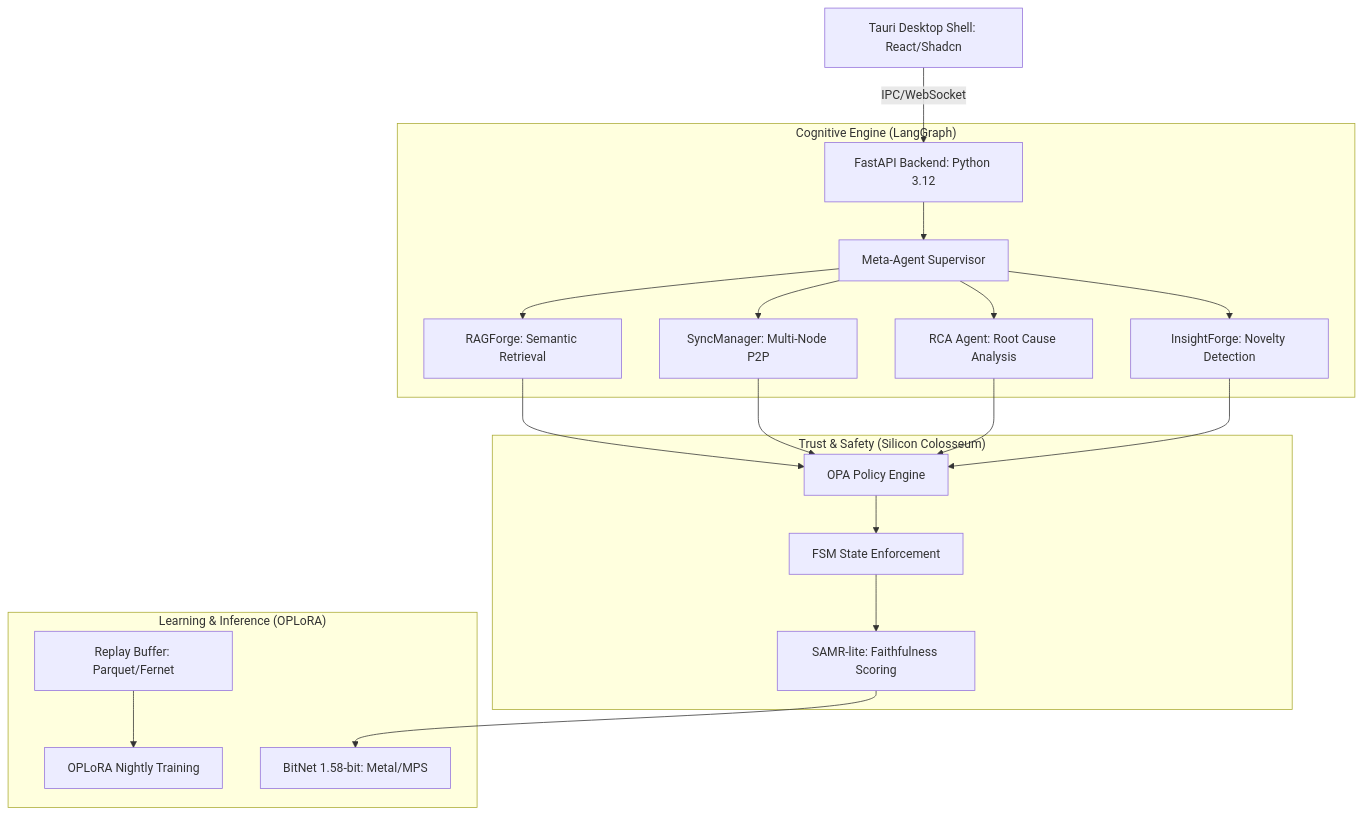
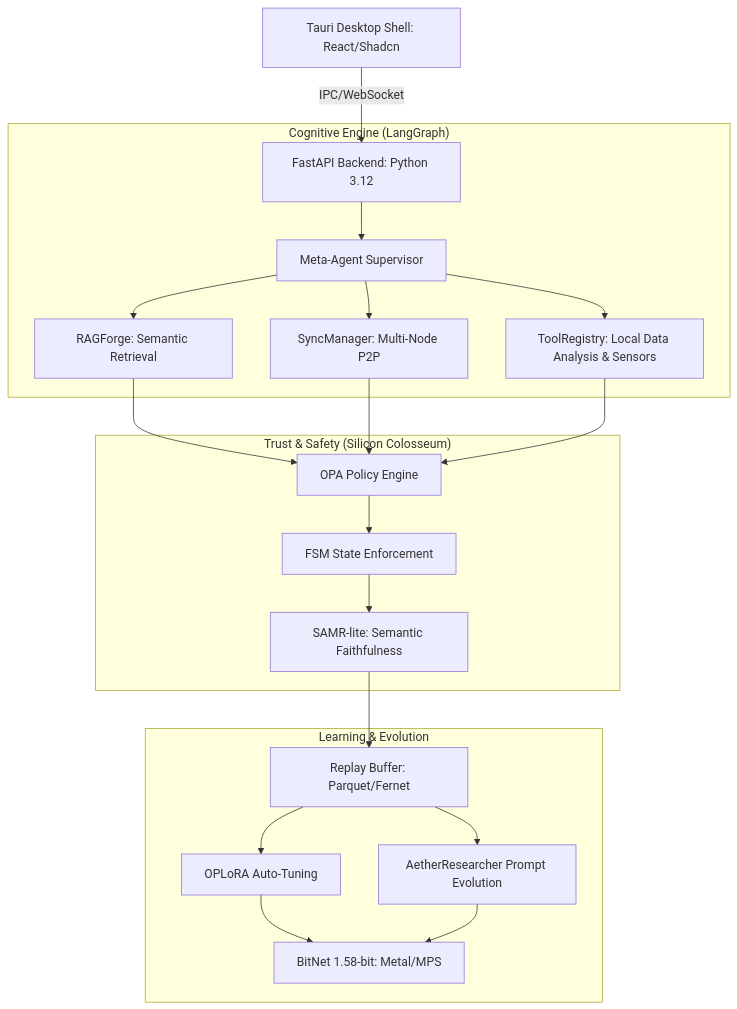
One commit to NeoOne601/AtherForge changed the diagram in README.md. Above: the diagram before and after it, drawn with Mermaid. The commit also changed other lines of this file and 33 other files, not shown here.

First line of the commit message:
Update to v1.1: TuneLab, Prompt Evolution, and RAG Fixes

````diff
--- a/README.md
+++ b/README.md
@@ -27,25 +28,24 @@
 ```mermaid
 graph TD
     UI[Tauri Desktop Shell: React/Shadcn] -->|IPC/WebSocket| BE[FastAPI Backend: Python 3.12]
     
     subgraph "Cognitive Engine (LangGraph)"
         BE --> Supervisor[Meta-Agent Supervisor]
         Supervisor --> RAG[RAGForge: Semantic Retrieval]
         Supervisor --> Sync[SyncManager: Multi-Node P2P]
-        Supervisor --> RCA[RCA Agent: Root Cause Analysis]
-        Supervisor --> Insights[InsightForge: Novelty Detection]
+        Supervisor --> Tools[ToolRegistry: Local Data Analysis & Sensors]
     end
     
     subgraph "Trust & Safety (Silicon Colosseum)"
-        RAG & Sync & RCA & Insights --> OPA[OPA Policy Engine]
+        RAG & Sync & Tools --> OPA[OPA Policy Engine]
         OPA --> FSM[FSM State Enforcement]
-        FSM --> SAMR[SAMR-lite: Faithfulness Scoring]
+        FSM --> SAMR[SAMR-lite: Semantic Faithfulness]
     end
     
-    subgraph "Learning & Inference (OPLoRA)"
-        RB[Replay Buffer: Parquet/Fernet] --> Train[OPLoRA Nightly Training]
-        Inference[BitNet 1.58-bit: Metal/MPS]
+    subgraph "Learning & Evolution"
+        SAMR --> RB[Replay Buffer: Parquet/Fernet]
+        RB --> Train[OPLoRA Auto-Tuning]
+        RB --> Evolve[AetherResearcher Prompt Evolution]
+        Train & Evolve --> Inference[BitNet 1.58-bit: Metal/MPS]
     end
-    
-    SAMR --> Inference
 ```
````
